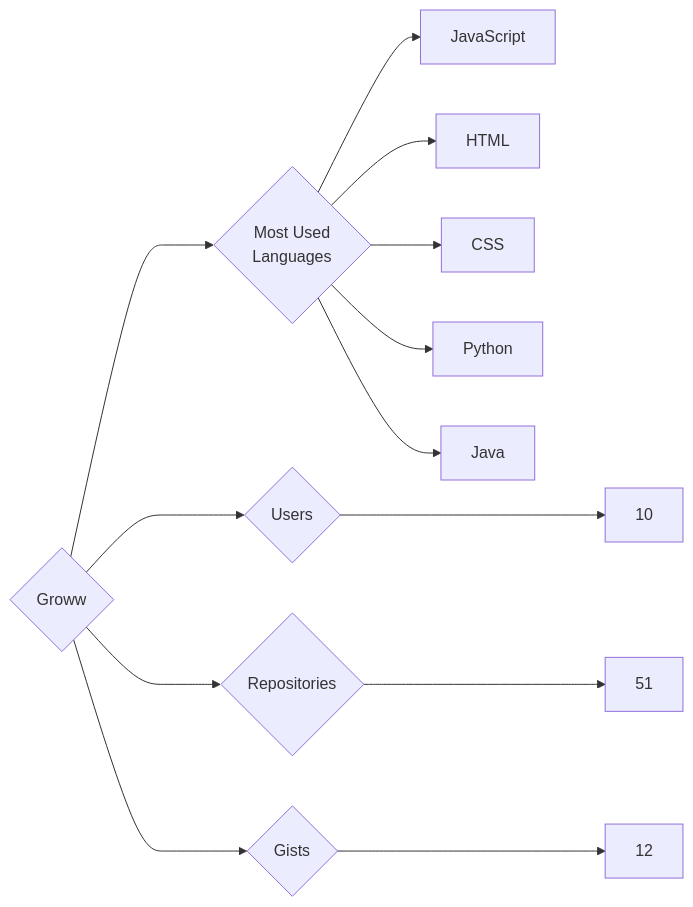
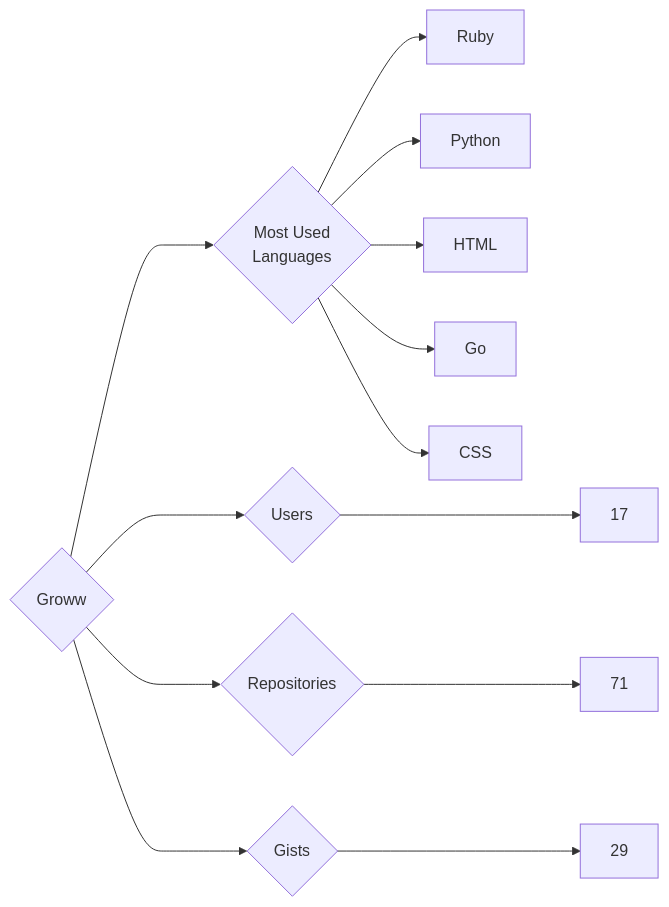
The diagram in targets/Groww/README.md (trickest/insiders), drawn with Mermaid before and after one commit. The commit also changed 860 other files, not shown here.

````diff
--- a/targets/Groww/README.md
+++ b/targets/Groww/README.md
@@ -3,13 +3,13 @@
 ```mermaid
 graph LR
 COMPANY_NAME{Groww}
-COMPANY_NAME ---> U{Users} ---> UN[10]
-COMPANY_NAME ---> R{Repositories} ---> RN[51]
-COMPANY_NAME ---> G{Gists} ---> GN[12]
+COMPANY_NAME ---> U{Users} ---> UN[17]
+COMPANY_NAME ---> R{Repositories} ---> RN[71]
+COMPANY_NAME ---> G{Gists} ---> GN[29]
 COMPANY_NAME ---> ML{Most Used<br>Languages}
-ML --> JavaScript[JavaScript]
+ML --> Ruby[Ruby]
+ML --> Python[Python]
 ML --> HTML[HTML]
+ML --> Go[Go]
 ML --> CSS[CSS]
-ML --> Python[Python]
-ML --> Java[Java]
 ```
````
